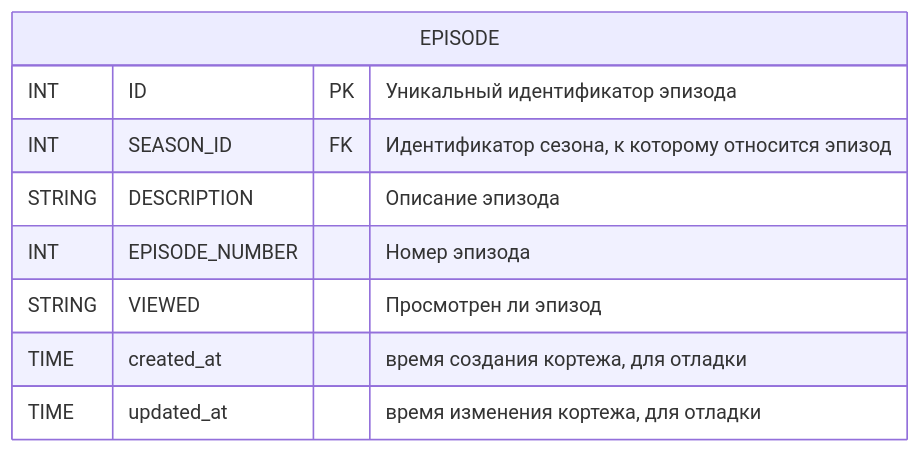
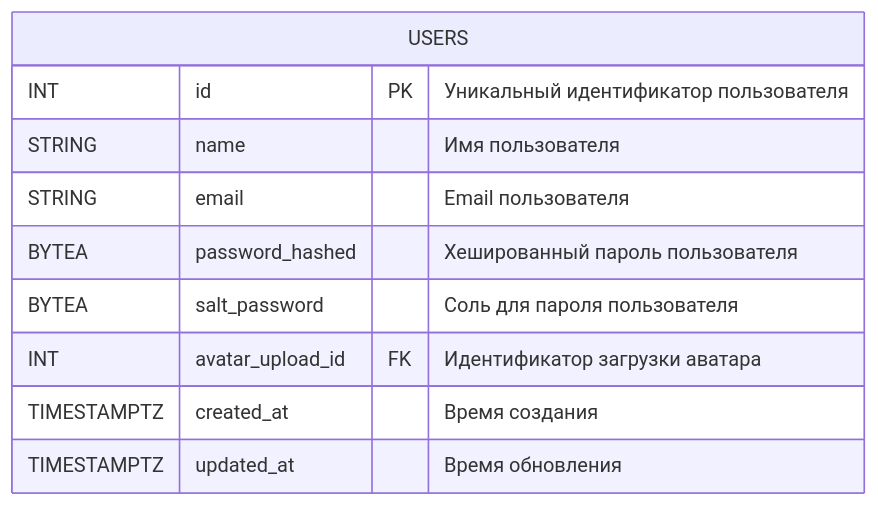
The seventh of 15 diagrams in db/normalized/relations.md (go-park-mail-ru/2024_1_Cyberkotletki), drawn with Mermaid before and after one commit. The commit also changed other lines of this file and 3 other files, not shown here.

````diff
--- a/db/normalized/relations.md
+++ b/db/normalized/relations.md
@@ -298,12 +181,13 @@
 ```mermaid
 erDiagram
-    EPISODE {
-        INT ID PK "Уникальный идентификатор эпизода"
-        INT SEASON_ID FK "Идентификатор сезона, к которому относится эпизод"
-        STRING DESCRIPTION "Описание эпизода"
-        INT EPISODE_NUMBER "Номер эпизода"
-        STRING VIEWED "Просмотрен ли эпизод"
-        TIME created_at "время создания кортежа, для отладки"
-        TIME updated_at "время изменения кортежа, для отладки"
+    USERS {
+        INT id PK "Уникальный идентификатор пользователя"
+        STRING name "Имя пользователя"
+        STRING email "Email пользователя"
+        BYTEA password_hashed "Хешированный пароль пользователя"
+        BYTEA salt_password "Соль для пароля пользователя"
+        INT avatar_upload_id FK "Идентификатор загрузки аватара"
+        TIMESTAMPTZ created_at "Время создания"
+        TIMESTAMPTZ updated_at "Время обновления"
     }
 ```
````
